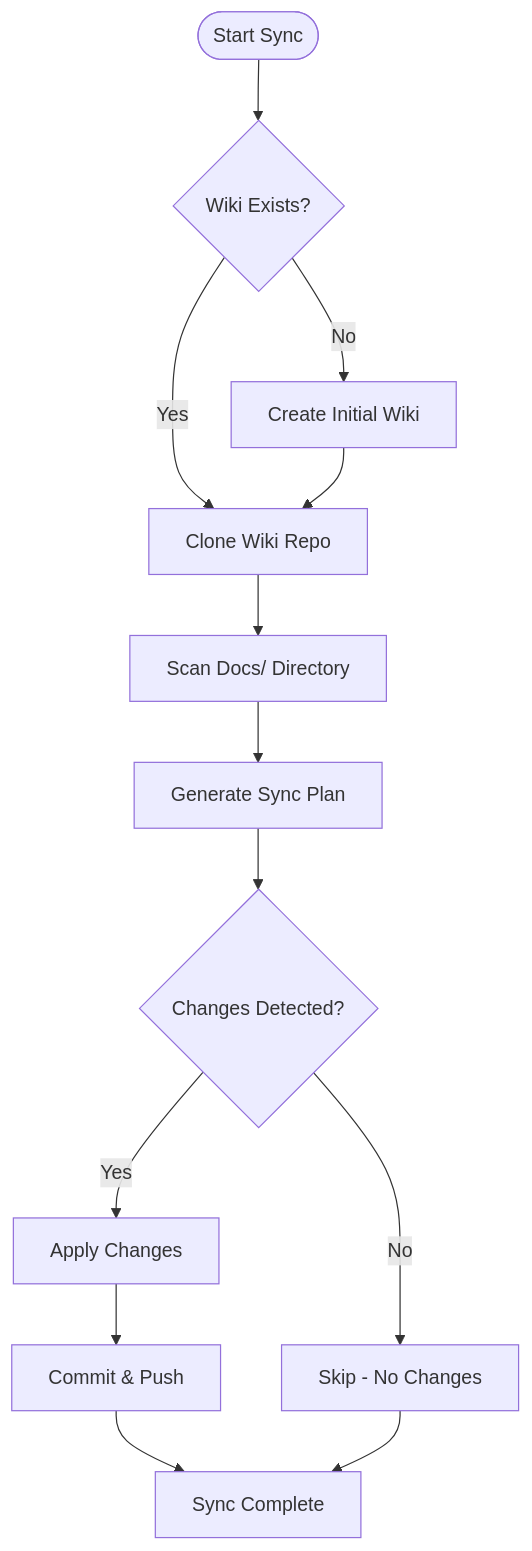
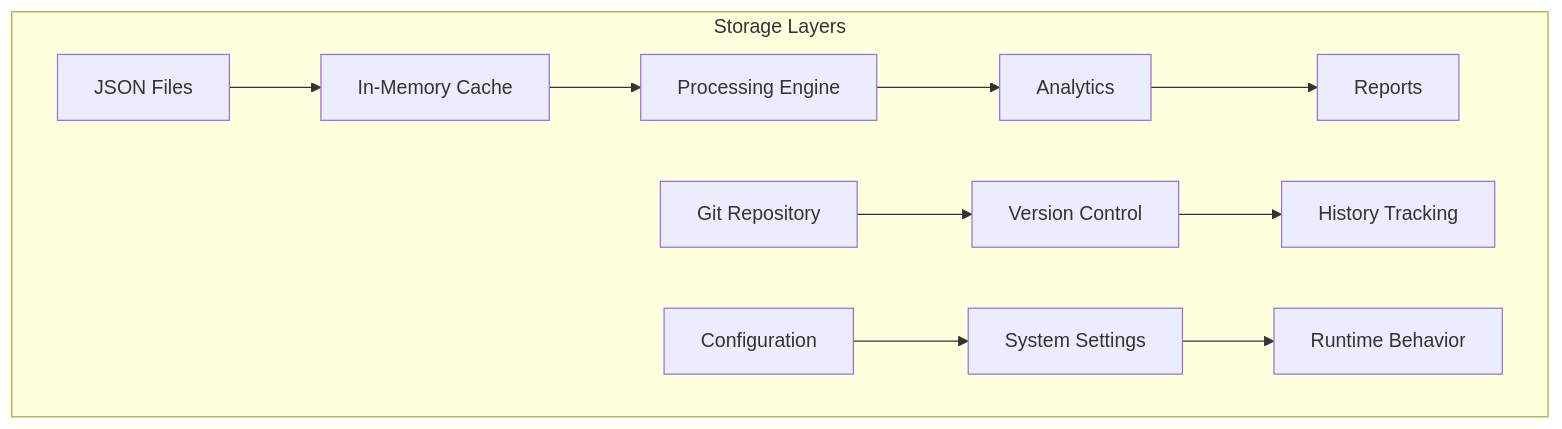
Before and after one commit to Shakour-Data/AutoProjectManagement: the fourth of 4 diagrams in README.md, drawn with Mermaid. The commit also changed other lines of this file, not shown here.

````diff
--- a/README.md
+++ b/README.md
@@ -339,15 +186,15 @@
 ```mermaid
-flowchart TD
-    A([Start Sync]) --> B{Wiki Exists?}
-    B -->|No| C[Create Initial Wiki]
-    B -->|Yes| D[Clone Wiki Repo]
-    C --> D
-    D --> E[Scan Docs/ Directory]
-    E --> F[Generate Sync Plan]
-    F --> G{Changes Detected?}
-    G -->|Yes| H[Apply Changes]
-    G -->|No| I[Skip - No Changes]
-    H --> J[Commit & Push]
-    J --> K[Sync Complete]
-    I --> K
+graph TB
+    subgraph "Storage Layers"
+        A[JSON Files] --> B[In-Memory Cache]
+        B --> C[Processing Engine]
+        C --> D[Analytics]
+        D --> E[Reports]
+        
+        F[Git Repository] --> G[Version Control]
+        G --> H[History Tracking]
+        
+        I[Configuration] --> J[System Settings]
+        J --> K[Runtime Behavior]
+    end
 ```
````
